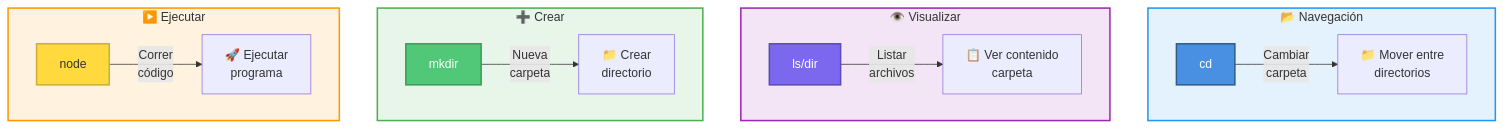
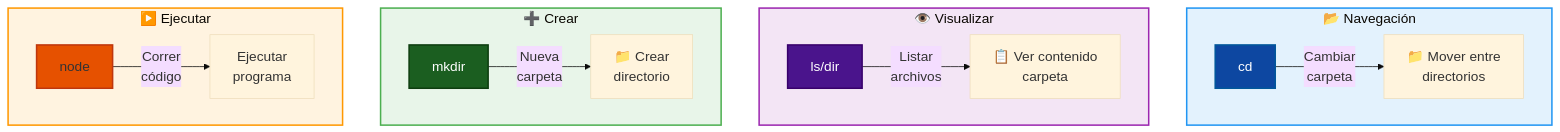
One commit to Ai-Whisperers/Courses-Content changed the tenth of 12 diagrams in courses/🟡-development/FPUNA-2026/00-FUNDAMENTOS-PRINCIPALES/01-configuracion-stack-ia.md. Above: the diagram before and after it, drawn with Mermaid. The commit also changed other lines of this file and 47 other files, not shown here.

First line of the commit message:
fix: Make all 473 diagrams WCAG AAA accessible (FPUNA-2026)

````diff
--- a/courses/🟡-development/FPUNA-2026/00-FUNDAMENTOS-PRINCIPALES/01-configuracion-stack-ia.md
+++ b/courses/🟡-development/FPUNA-2026/00-FUNDAMENTOS-PRINCIPALES/01-configuracion-stack-ia.md
@@ -643,28 +652,29 @@
 ```mermaid
+%%{init: {'theme':'base', 'themeVariables': {'fontSize':'18px'}}}%%
 graph TB
     subgraph Navegacion["📂 Navegación"]
         A["cd"] -->|"Cambiar<br/>carpeta"| B["📁 Mover entre<br/>directorios"]
     end
     
     subgraph Visualizar["👁️ Visualizar"]
         C["ls/dir"] -->|"Listar<br/>archivos"| D["📋 Ver contenido<br/>carpeta"]
     end
     
     subgraph Crear["➕ Crear"]
         E["mkdir"] -->|"Nueva<br/>carpeta"| F["📁 Crear<br/>directorio"]
     end
     
     subgraph Ejecutar["▶️ Ejecutar"]
-        G["node"] -->|"Correr<br/>código"| H["🚀 Ejecutar<br/>programa"]
+        G["node"] -->|"Correr<br/>código"| H["Ejecutar<br/>programa"]
     end
     
     style Navegacion fill:#E3F2FD,stroke:#2196F3,stroke-width:2px
     style Visualizar fill:#F3E5F5,stroke:#9C27B0,stroke-width:2px
     style Crear fill:#E8F5E9,stroke:#4CAF50,stroke-width:2px
     style Ejecutar fill:#FFF3E0,stroke:#FF9800,stroke-width:2px
     
-    style A fill:#4A90E2,stroke:#2E5C8A,stroke-width:2px,color:#fff
-    style C fill:#7B68EE,stroke:#5A4BB5,stroke-width:2px,color:#fff
-    style E fill:#50C878,stroke:#3A9B5C,stroke-width:2px,color:#fff
-    style G fill:#FFD93D,stroke:#CCB031,stroke-width:2px,color:#333
+    style A fill:#0d47a1,stroke:#01579b,stroke-width:2px,color:#fff
+    style C fill:#4a148c,stroke:#38006b,stroke-width:2px,color:#fff
+    style E fill:#1b5e20,stroke:#0d3d0f,stroke-width:2px,color:#fff
+    style G fill:#e65100,stroke:#bf360c,stroke-width:2px,color:#333
 ```
````
